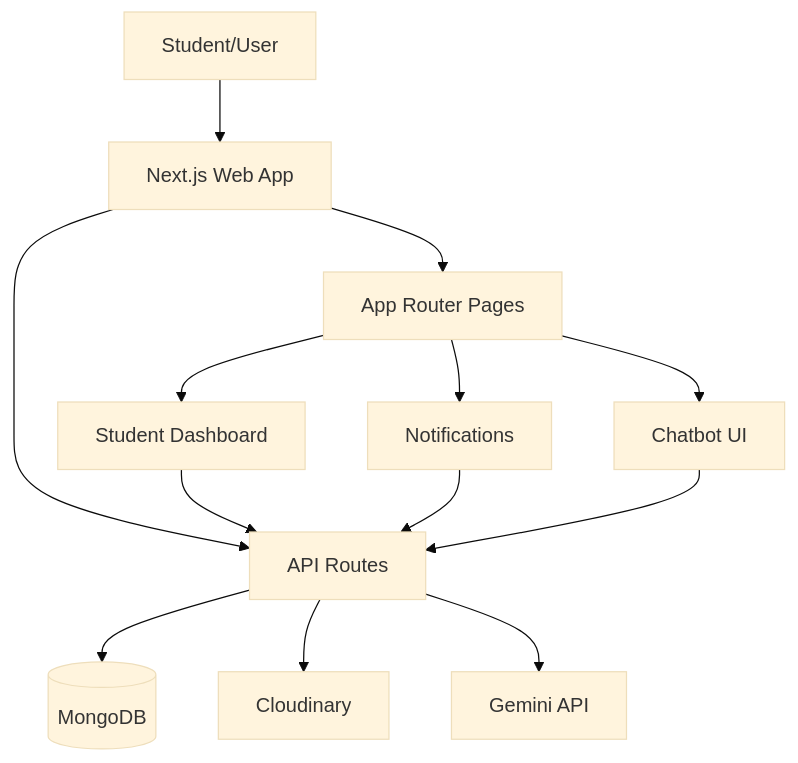
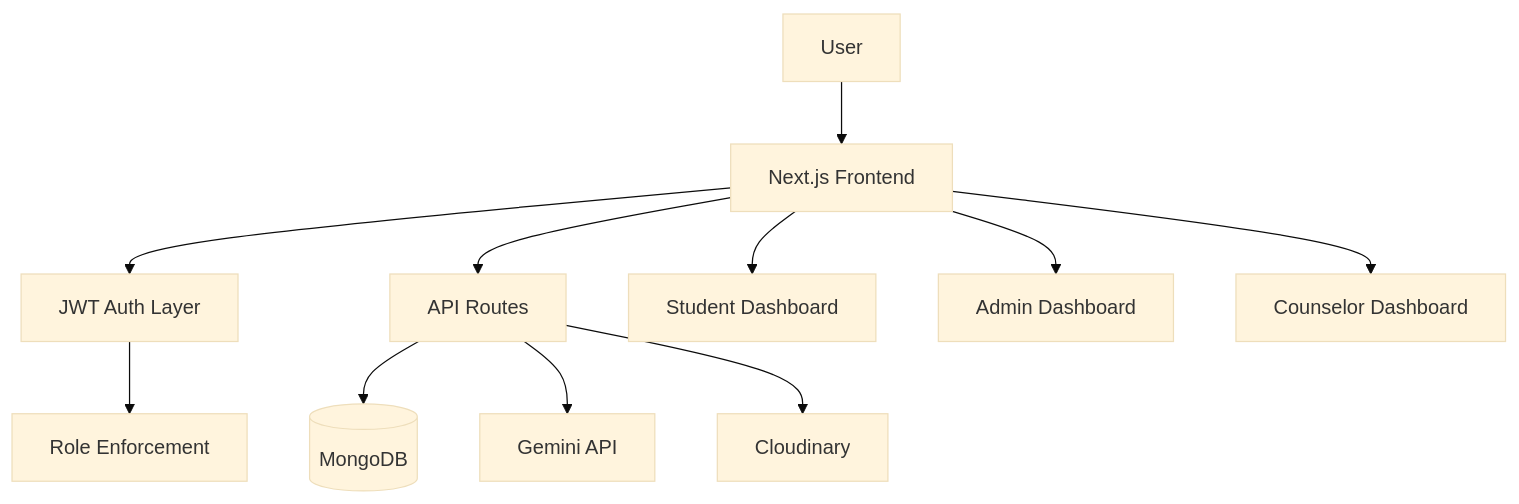
Before and after one commit to ashwanik0777/EduPath: the diagram in README.md, drawn with Mermaid (base theme). The commit also changed other lines of this file and 8 other files, not shown here.

````diff
--- a/README.md
+++ b/README.md
@@ -70,17 +243,16 @@
 ```mermaid
 flowchart TD
-  U[Student/User] --> W[Next.js Web App]
-  W --> A[App Router Pages]
-  W --> API[API Routes]
+  U[User] --> FE[Next.js Frontend]
+  FE --> AUTH[JWT Auth Layer]
+  FE --> API[API Routes]
+
+  AUTH --> RBAC[Role Enforcement]
+
   API --> DB[(MongoDB)]
+  API --> GM[Gemini API]
   API --> CLD[Cloudinary]
-  API --> G[Gemini API]
 
-  A --> SD[Student Dashboard]
-  A --> NT[Notifications]
-  A --> CB[Chatbot UI]
-
-  SD --> API
-  NT --> API
-  CB --> API
+  FE --> STU[Student Dashboard]
+  FE --> ADM[Admin Dashboard]
+  FE --> CNS[Counselor Dashboard]
 ```
````
